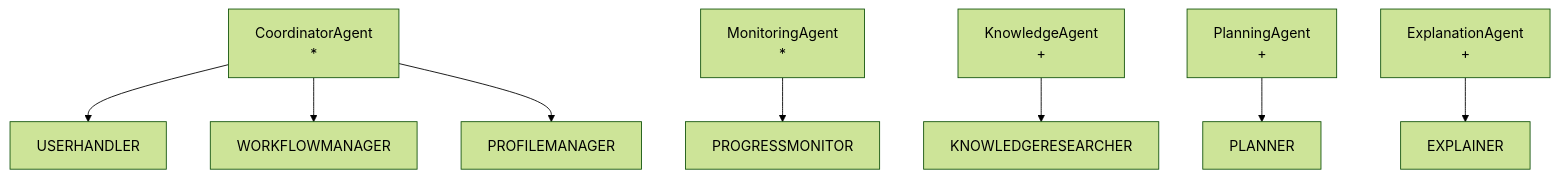
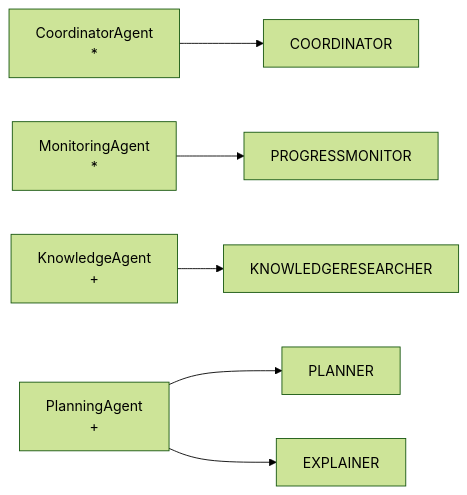
One commit to apekala/AASD changed the second of 15 diagrams in zz/raport_b/raport_b.md. Above: the diagram before and after it, drawn with Mermaid (forest theme). The commit also changed other lines of this file and 8 other files, not shown here.

````diff
--- a/zz/raport_b/raport_b.md
+++ b/zz/raport_b/raport_b.md
@@ -301,15 +287,12 @@
 ```mermaid
-flowchart TB
+flowchart LR
     CA["CoordinatorAgent<br/>*"]
     MA["MonitoringAgent<br/>*"]
     KA["KnowledgeAgent<br/>+"]
     PA["PlanningAgent<br/>+"]
-    EA["ExplanationAgent<br/>+"]
-    CA --> UH[USERHANDLER]
-    CA --> WM[WORKFLOWMANAGER]
-    CA --> PM[PROFILEMANAGER]
+    CA --> CO[COORDINATOR]
     MA --> PRM[PROGRESSMONITOR]
     KA --> KR[KNOWLEDGERESEARCHER]
     PA --> PL[PLANNER]
-    EA --> EX[EXPLAINER]
+    PA --> EX[EXPLAINER]
 ```
````
